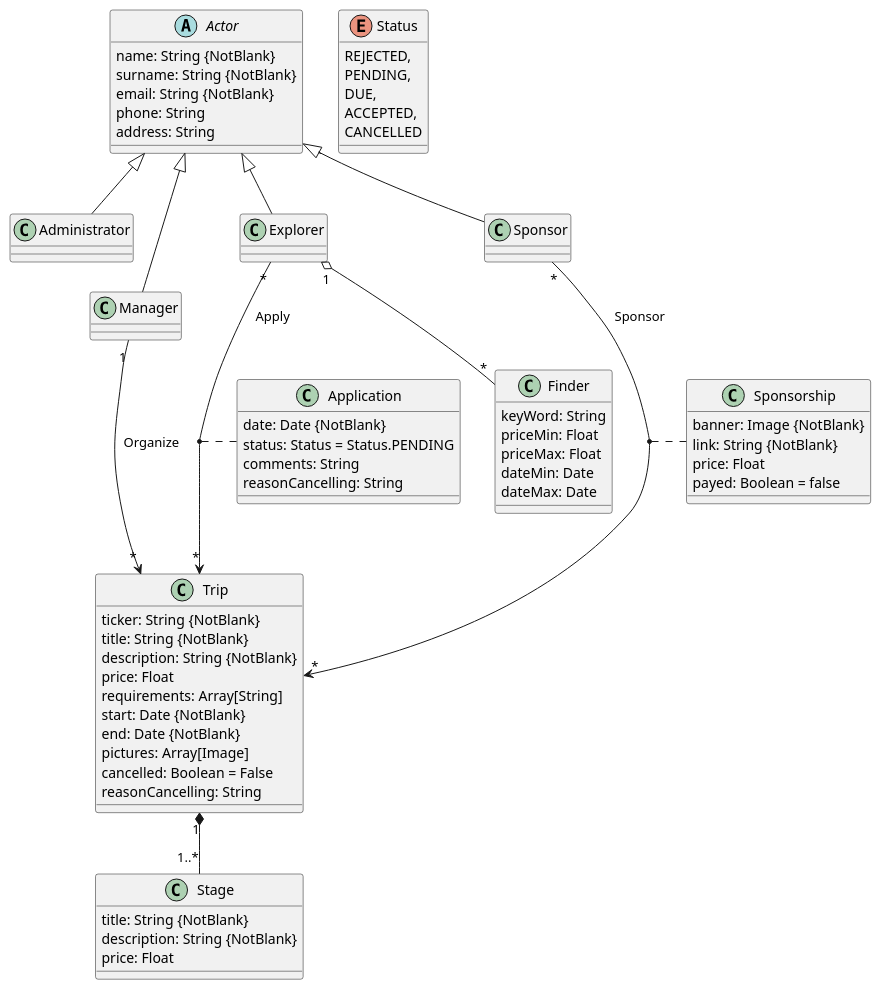
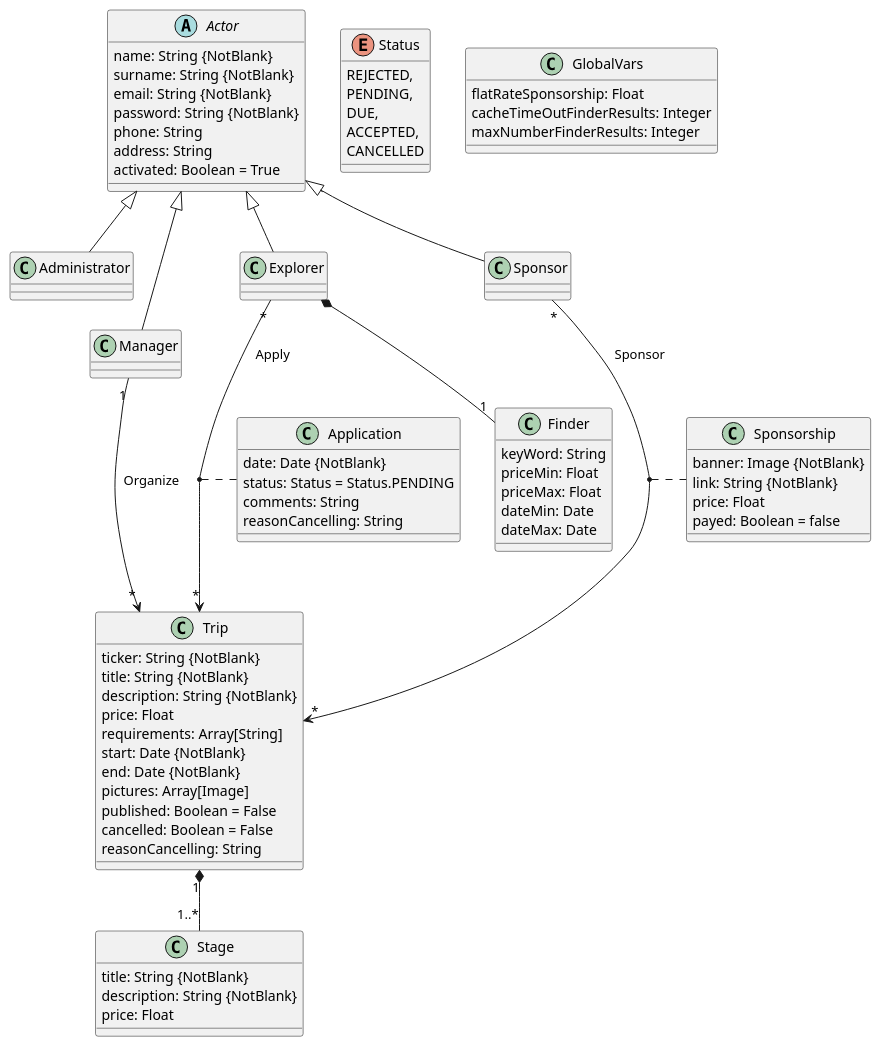
Before and after one commit to Xiirf/S2_Acme_Explorer: the diagram in doc/class_diagram.plantuml, drawn with PlantUML.

```diff
--- a/doc/class_diagram.plantuml
+++ b/doc/class_diagram.plantuml
@@ -1,78 +1,87 @@
 @startuml
 Enum Status {
   REJECTED,
   PENDING,
   DUE,
   ACCEPTED,
   CANCELLED
 }
 
 Abstract Actor {
   name: String {NotBlank}
   surname: String {NotBlank}
   email: String {NotBlank}
+  password: String {NotBlank}
   phone: String
   address: String
+  activated: Boolean = True
 }
 
 Class Administrator
 
 Class Manager
 
 Class Explorer
 
 Class Sponsor
 
 Class Trip {
   ticker: String {NotBlank}
   title: String {NotBlank}
   description: String {NotBlank}
   price: Float
   requirements: Array[String]
   start: Date {NotBlank}
   end: Date {NotBlank}
   pictures: Array[Image]
+  published: Boolean = False
   cancelled: Boolean = False
   reasonCancelling: String
 }
 
 Class Stage {
   title: String {NotBlank}
   description: String {NotBlank}
   price: Float
 }
 
 Class Application {
   date: Date {NotBlank}
   status: Status = Status.PENDING
   comments: String
   reasonCancelling: String
 }
 
 class Finder {
   keyWord: String
   priceMin: Float
   priceMax: Float
   dateMin: Date
   dateMax: Date
 }
 
 Class Sponsorship {
   banner: Image {NotBlank}
   link: String {NotBlank}
   price: Float
   payed: Boolean = false
 }
 
+Class GlobalVars {
+  flatRateSponsorship: Float
+  cacheTimeOutFinderResults: Integer
+  maxNumberFinderResults: Integer
+}
+
 Actor <|-- Administrator
 Actor <|-- Manager
 Actor <|-- Explorer
 Actor <|-- Sponsor
 Trip "1" *-- "1..*" Stage
 Manager "1" --> "*" Trip: Organize
 Explorer "*" --> "*" Trip: Apply
 (Explorer, Trip).. Application
-Explorer "1" o-- "*" Finder
+Explorer *-- "1" Finder
 Sponsor "*" --> "*" Trip: Sponsor
 (Sponsor , Trip) .. Sponsorship
 @enduml
```
